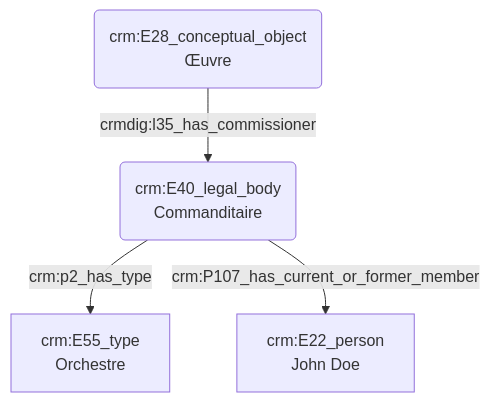
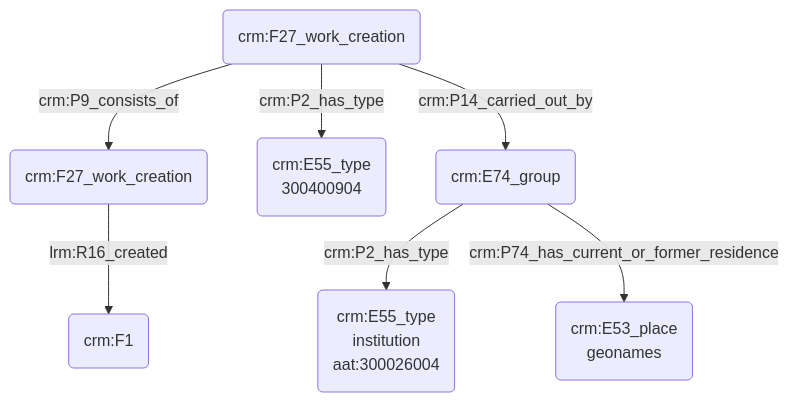
Before and after one commit to Amleth/consortium-musica2-gt2-ontologies: the diagram in modules/livrables/Dossier 2/Indexation conceptuelle/commanditaire d'une œuvre.md, drawn with Mermaid. The commit also changed other lines of this file, not shown here.

Commit message:
Update commanditaire d'une œuvre.md

````diff
--- a/modules/livrables/Dossier 2/Indexation conceptuelle/commanditaire d'une œuvre.md
+++ b/modules/livrables/Dossier 2/Indexation conceptuelle/commanditaire d'une œuvre.md
@@ -13,8 +13,12 @@
 ```mermaid
 graph TD;
 
-A(crm:E28_conceptual_object<br>Œuvre) --> |crmdig:l35_has_commissioner| B(crm:E40_legal_body<br>Commanditaire<br>aat:300400904)
-B(crm:E40_legal_body<br>Commanditaire) --> |crm:p2_has_type| C[crm:E55_type<br>Orchestre]
-B(crm:E40_legal_body<br>Commanditaire) --> |crm:P107_has_current_or_former_member| D[crm:E22_person<br>John Doe]
+A(crm:F27_work_creation) --> |lrm:R16_created| B(crm:F1)
+C(crm:F27_work_creation) -->|crm:P9_consists_of| A(crm:F27_work_creation)
+C(crm:F27_work_creation) --> |crm:P2_has_type| D(crm:E55_type<br>300400904)
+
+C(crm:F27_work_creation) --> |crm:P14_carried_out_by| E(crm:E74_group)
+E(crm:E74_group) -->|crm:P2_has_type| F(crm:E55_type<br>institution<br>aat:300026004)
+E(crm:E74_group) -->|crm:P74_has_current_or_former_residence| g(crm:E53_place<br>geonames)
 
 ```
````
